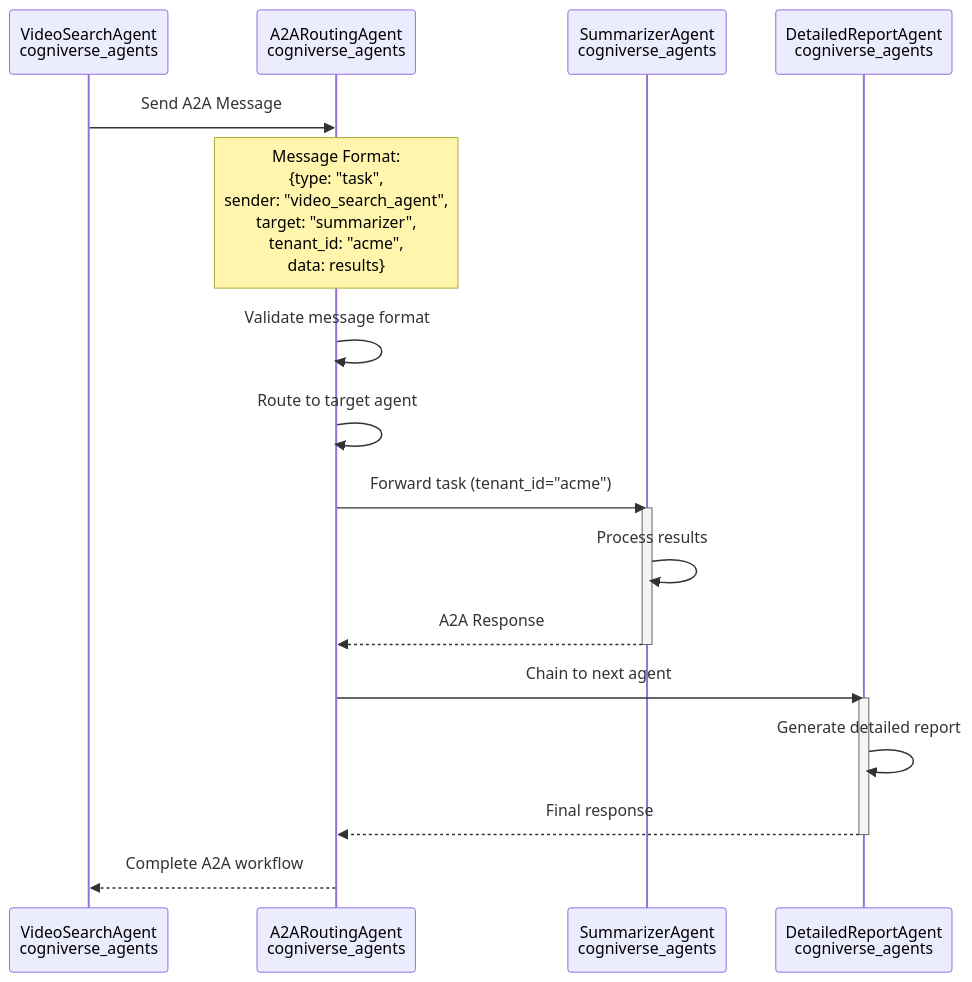
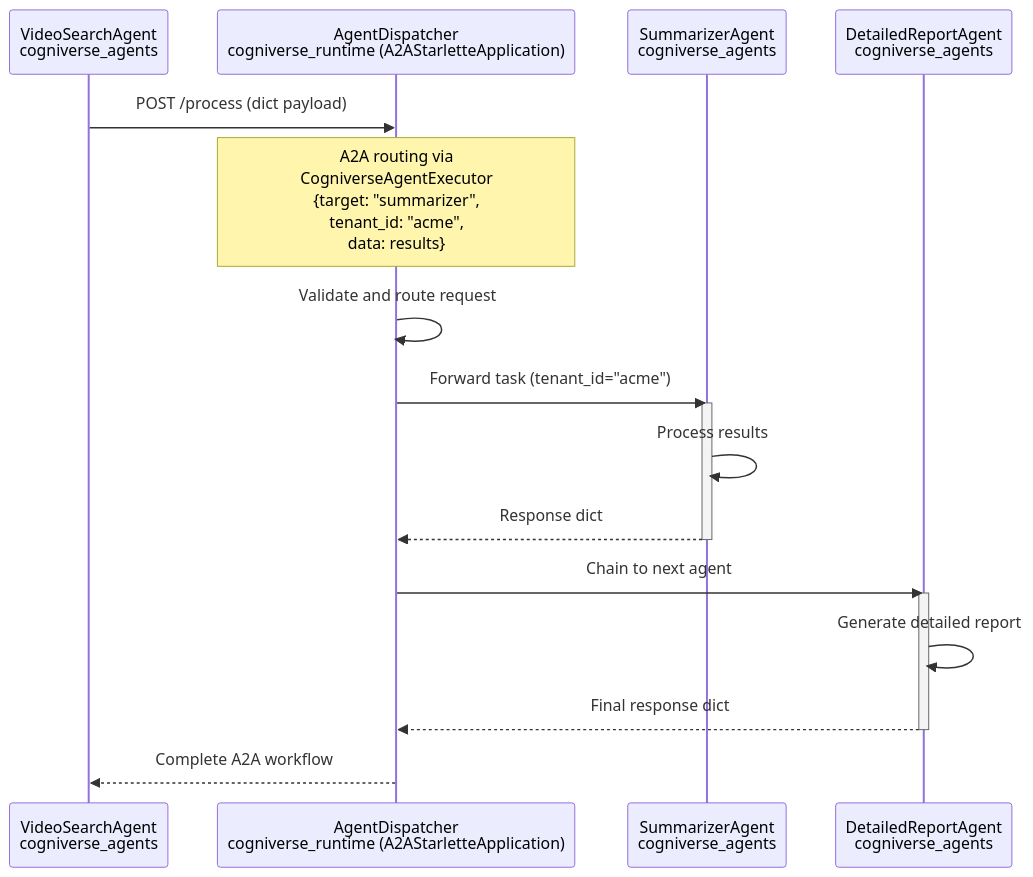
Before and after one commit to amit-jain/cogniverse: the seventh of 24 diagrams in docs/architecture/system-flows.md, drawn with Mermaid. The commit also changed 53 other files, not shown here.

````diff
--- a/docs/architecture/system-flows.md
+++ b/docs/architecture/system-flows.md
@@ -270,28 +270,27 @@
 ```mermaid
 sequenceDiagram
     participant VideoAgent as VideoSearchAgent<br/>cogniverse_agents
-    participant Gateway as A2ARoutingAgent<br/>cogniverse_agents
+    participant Dispatcher as AgentDispatcher<br/>cogniverse_runtime (A2AStarletteApplication)
     participant Summarizer as SummarizerAgent<br/>cogniverse_agents
     participant ReportAgent as DetailedReportAgent<br/>cogniverse_agents
 
-    VideoAgent->>Gateway: Send A2A Message
-    Note over Gateway: Message Format:<br/>{type: "task",<br/>sender: "video_search_agent",<br/>target: "summarizer",<br/>tenant_id: "acme",<br/>data: results}
+    VideoAgent->>Dispatcher: POST /process (dict payload)
+    Note over Dispatcher: A2A routing via<br/>CogniverseAgentExecutor<br/>{target: "summarizer",<br/>tenant_id: "acme",<br/>data: results}
 
-    Gateway->>Gateway: Validate message format
-    Gateway->>Gateway: Route to target agent
+    Dispatcher->>Dispatcher: Validate and route request
 
-    Gateway->>Summarizer: Forward task (tenant_id="acme")
+    Dispatcher->>Summarizer: Forward task (tenant_id="acme")
 
     activate Summarizer
     Summarizer->>Summarizer: Process results
-    Summarizer-->>Gateway: A2A Response
+    Summarizer-->>Dispatcher: Response dict
     deactivate Summarizer
 
-    Gateway->>ReportAgent: Chain to next agent
+    Dispatcher->>ReportAgent: Chain to next agent
     activate ReportAgent
     ReportAgent->>ReportAgent: Generate detailed report
-    ReportAgent-->>Gateway: Final response
+    ReportAgent-->>Dispatcher: Final response dict
     deactivate ReportAgent
 
-    Gateway-->>VideoAgent: Complete A2A workflow
+    Dispatcher-->>VideoAgent: Complete A2A workflow
 ```
````
